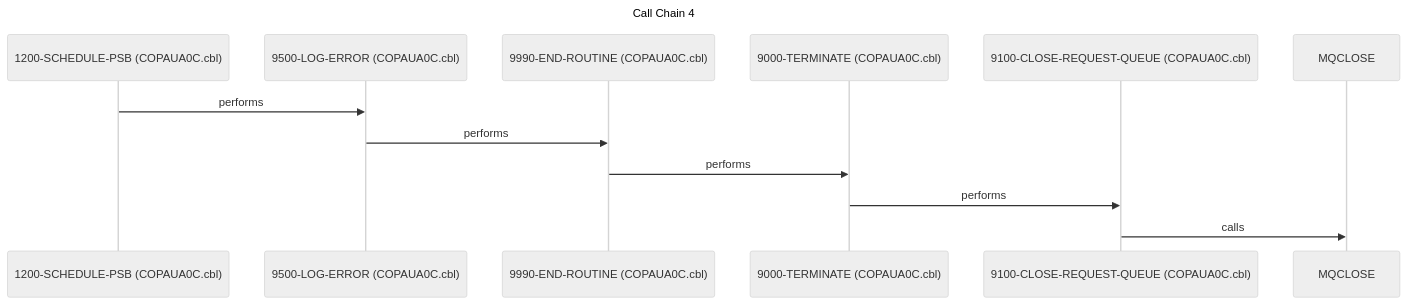
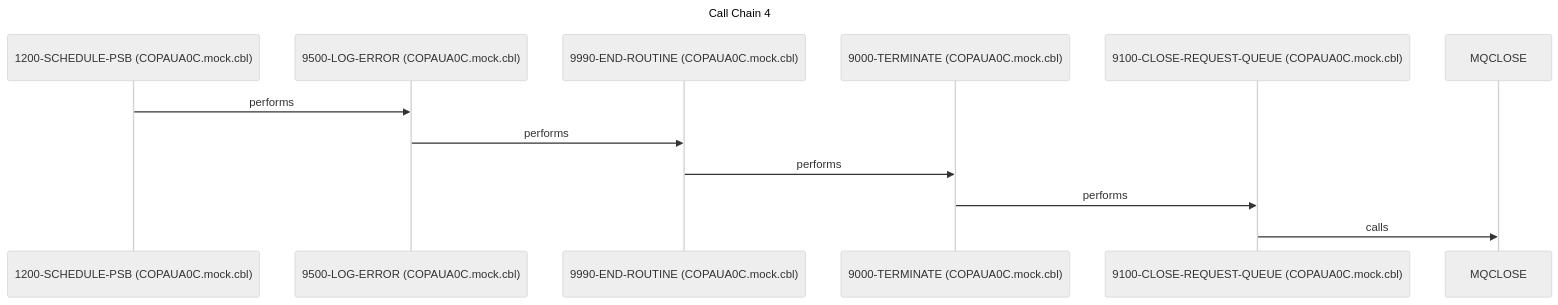
Before and after one commit to andrasfe/war_rig: the fourth of 5 diagrams in example_output/README.md, drawn with Mermaid (neutral theme). The commit also changed other lines of this file and 205 other files, not shown here.

````diff
--- a/example_output/README.md
+++ b/example_output/README.md
@@ -623,15 +581,15 @@
 ```mermaid
 sequenceDiagram
     title Call Chain 4
-    participant 1200_SCHEDULE_PSB as 1200-SCHEDULE-PSB (COPAUA0C.cbl)
-    participant 9500_LOG_ERROR as 9500-LOG-ERROR (COPAUA0C.cbl)
-    participant 9990_END_ROUTINE as 9990-END-ROUTINE (COPAUA0C.cbl)
-    participant 9000_TERMINATE as 9000-TERMINATE (COPAUA0C.cbl)
-    participant 9100_CLOSE_REQUEST_QUEUE as 9100-CLOSE-REQUEST-QUEUE (COPAUA0C.cbl)
+    participant 1200_SCHEDULE_PSB as 1200-SCHEDULE-PSB (COPAUA0C.mock.cbl)
+    participant 9500_LOG_ERROR as 9500-LOG-ERROR (COPAUA0C.mock.cbl)
+    participant 9990_END_ROUTINE as 9990-END-ROUTINE (COPAUA0C.mock.cbl)
+    participant 9000_TERMINATE as 9000-TERMINATE (COPAUA0C.mock.cbl)
+    participant 9100_CLOSE_REQUEST_QUEUE as 9100-CLOSE-REQUEST-QUEUE (COPAUA0C.mock.cbl)
     participant MQCLOSE as MQCLOSE
     1200_SCHEDULE_PSB->>9500_LOG_ERROR: performs
     9500_LOG_ERROR->>9990_END_ROUTINE: performs
     9990_END_ROUTINE->>9000_TERMINATE: performs
     9000_TERMINATE->>9100_CLOSE_REQUEST_QUEUE: performs
     9100_CLOSE_REQUEST_QUEUE->>MQCLOSE: calls
 ```
````
